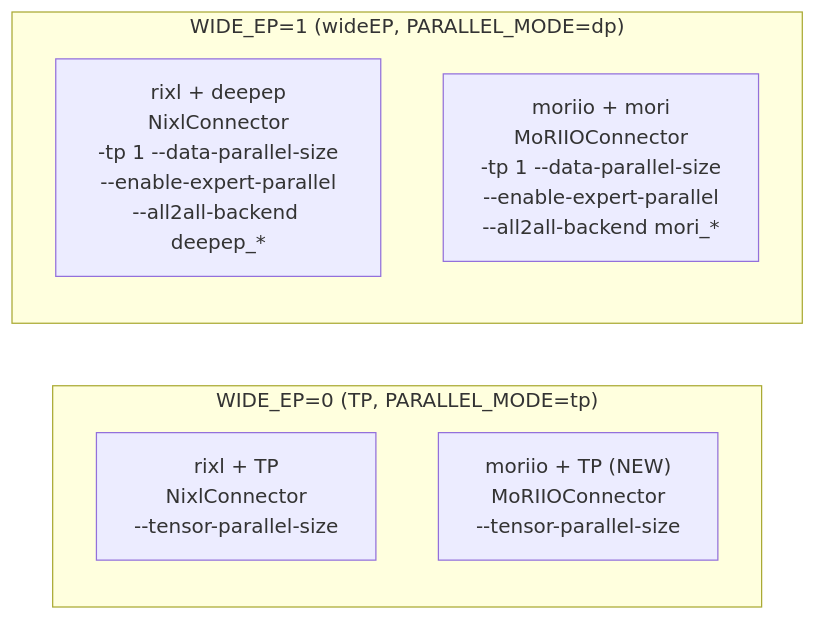
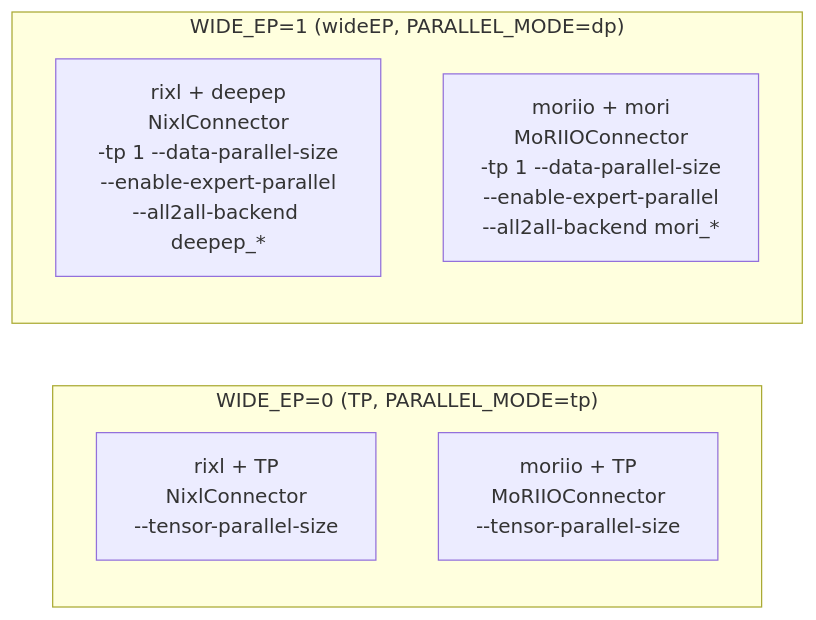
One commit to ROCm/MAD changed the third of 6 diagrams in scripts/vllm_dissag/ARCHITECTURE.md. Above: the diagram before and after it, drawn with Mermaid. The commit also changed other lines of this file and 15 other files, not shown here.

````diff
--- a/scripts/vllm_dissag/ARCHITECTURE.md
+++ b/scripts/vllm_dissag/ARCHITECTURE.md
@@ -95,11 +95,11 @@
 ```mermaid
 flowchart LR
     subgraph TP["WIDE_EP=0  (TP, PARALLEL_MODE=tp)"]
         rt["rixl + TP\nNixlConnector\n--tensor-parallel-size"]
-        mt["moriio + TP  (NEW)\nMoRIIOConnector\n--tensor-parallel-size"]
+        mt["moriio + TP\nMoRIIOConnector\n--tensor-parallel-size"]
     end
     subgraph EP["WIDE_EP=1  (wideEP, PARALLEL_MODE=dp)"]
         rd["rixl + deepep\nNixlConnector\n-tp 1 --data-parallel-size\n--enable-expert-parallel\n--all2all-backend deepep_*"]
         md["moriio + mori\nMoRIIOConnector\n-tp 1 --data-parallel-size\n--enable-expert-parallel\n--all2all-backend mori_*"]
     end
 ```
````
